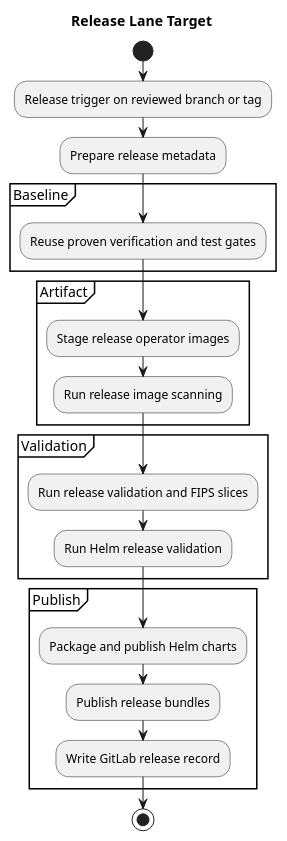
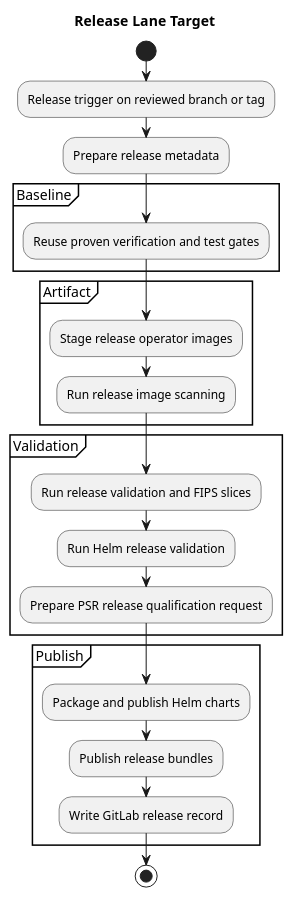
One commit to splunk/splunk-operator changed the diagram in gitlab-ci/diagrams/release-lane-target.puml. Above: the diagram before and after it, drawn with PlantUML.

Commit message:
CSPL-4672 docs: add psr step to release flow

```diff
--- a/gitlab-ci/diagrams/release-lane-target.puml
+++ b/gitlab-ci/diagrams/release-lane-target.puml
@@ -1,28 +1,29 @@
 @startuml
 title Release Lane Target
 start
 :Release trigger on reviewed branch or tag;
 :Prepare release metadata;
 
 partition Baseline {
   :Reuse proven verification and test gates;
 }
 
 partition Artifact {
   :Stage release operator images;
   :Run release image scanning;
 }
 
 partition Validation {
   :Run release validation and FIPS slices;
   :Run Helm release validation;
+  :Prepare PSR release qualification request;
 }
 
 partition Publish {
   :Package and publish Helm charts;
   :Publish release bundles;
   :Write GitLab release record;
 }
 
 stop
 @enduml
```
